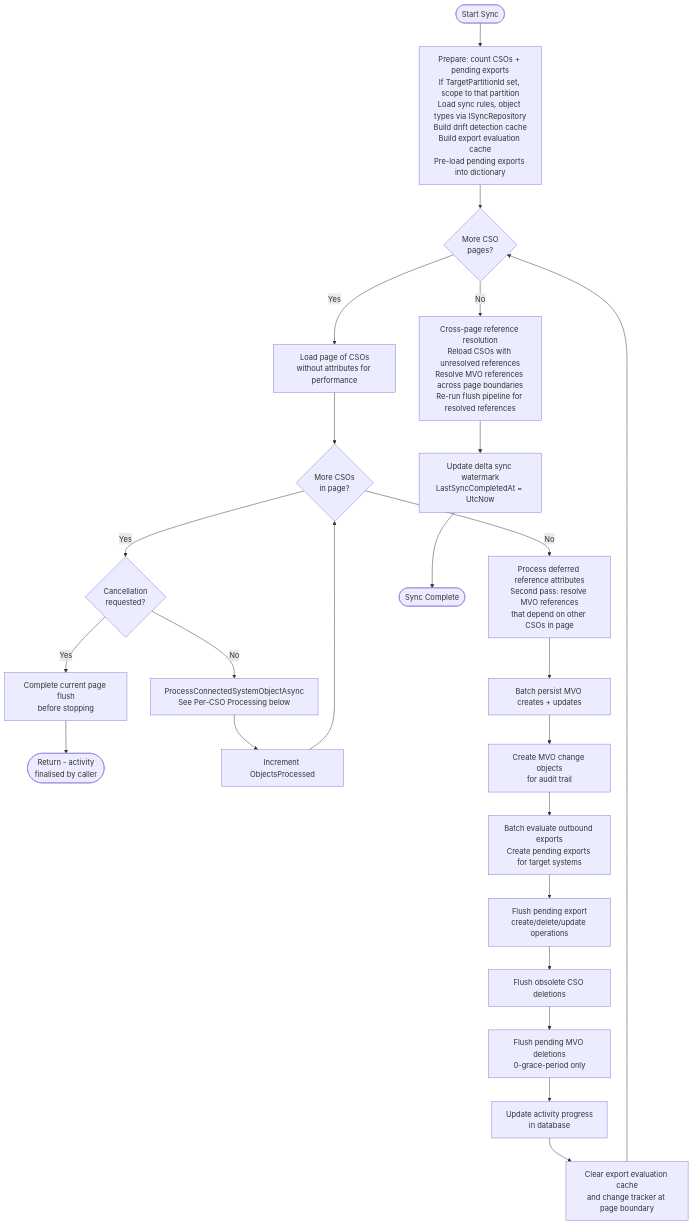
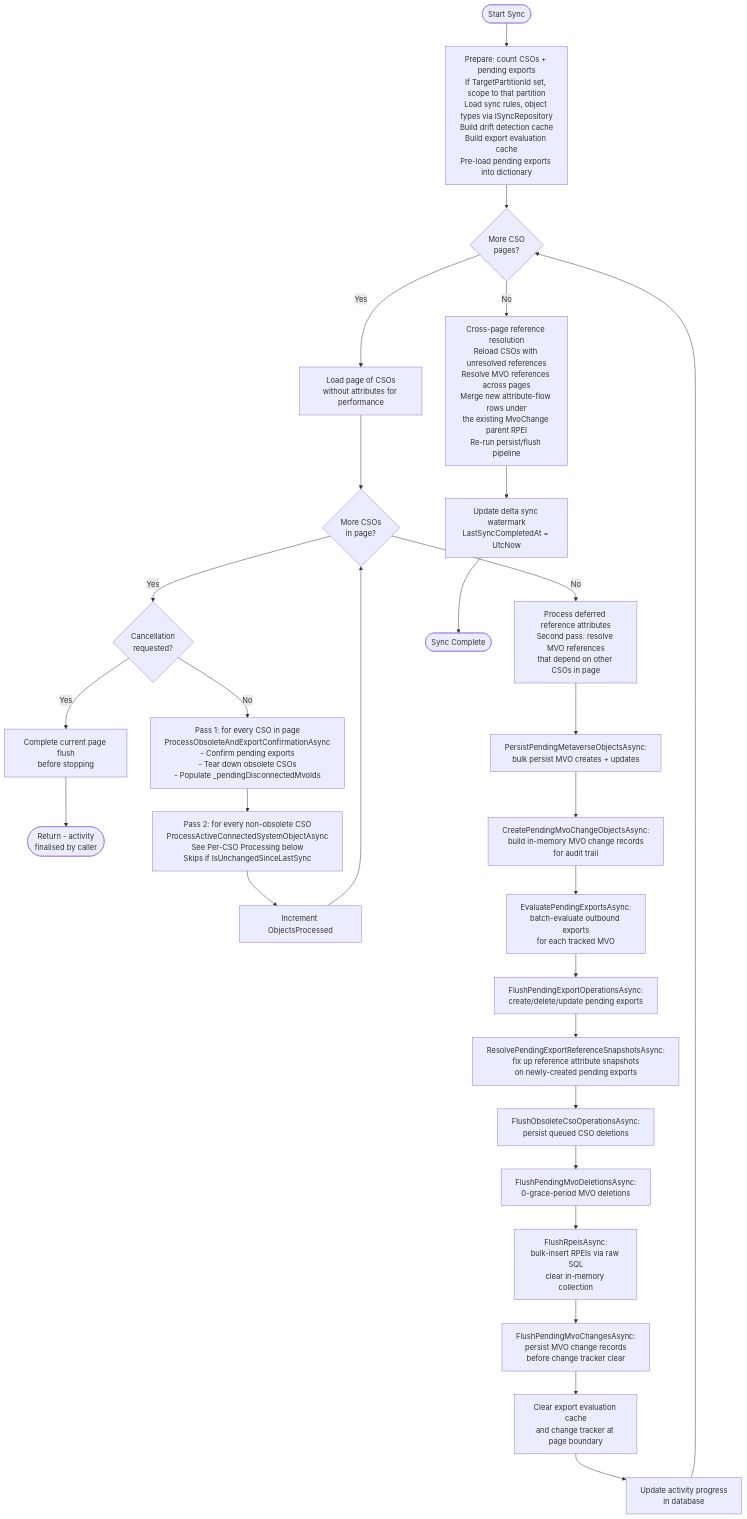
The first of 2 diagrams in docs/developer/diagrams/FULL_SYNC_CSO_PROCESSING.md (TetronIO/JIM), drawn with Mermaid before and after one commit. The commit also changed other lines of this file and 47 other files, not shown here.

````diff
--- a/docs/developer/diagrams/FULL_SYNC_CSO_PROCESSING.md
+++ b/docs/developer/diagrams/FULL_SYNC_CSO_PROCESSING.md
@@ -18,30 +18,34 @@
 ```mermaid
 flowchart TD
     Start([Start Sync]) --> Prepare[Prepare: count CSOs + pending exports<br/>If TargetPartitionId set, scope to that partition<br/>Load sync rules, object types via ISyncRepository<br/>Build drift detection cache<br/>Build export evaluation cache<br/>Pre-load pending exports into dictionary]
     Prepare --> PageLoop{More CSO<br/>pages?}
 
     PageLoop -->|Yes| LoadPage[Load page of CSOs<br/>without attributes for performance]
     LoadPage --> CsoLoop{More CSOs<br/>in page?}
 
     CsoLoop -->|Yes| CheckCancel{Cancellation<br/>requested?}
     CheckCancel -->|Yes| FlushBeforeCancel[Complete current page flush<br/>before stopping]
     FlushBeforeCancel --> Return([Return - activity<br/>finalised by caller])
-    CheckCancel -->|No| ProcessCso[ProcessConnectedSystemObjectAsync<br/>See Per-CSO Processing below]
-    ProcessCso --> IncrProgress[Increment ObjectsProcessed]
+    CheckCancel -->|No| Pass1[Pass 1: for every CSO in page<br/>ProcessObsoleteAndExportConfirmationAsync<br/>- Confirm pending exports<br/>- Tear down obsolete CSOs<br/>- Populate _pendingDisconnectedMvoIds]
+    Pass1 --> Pass2[Pass 2: for every non-obsolete CSO<br/>ProcessActiveConnectedSystemObjectAsync<br/>See Per-CSO Processing below<br/>Skips if IsUnchangedSinceLastSync]
+    Pass2 --> IncrProgress[Increment ObjectsProcessed]
     IncrProgress --> CsoLoop
 
     CsoLoop -->|No| DeferredRef[Process deferred reference attributes<br/>Second pass: resolve MVO references<br/>that depend on other CSOs in page]
-    DeferredRef --> PersistMvo[Batch persist MVO creates + updates]
-    PersistMvo --> MvoChanges[Create MVO change objects<br/>for audit trail]
-    MvoChanges --> EvalExports[Batch evaluate outbound exports<br/>Create pending exports for target systems]
-    EvalExports --> FlushPE[Flush pending export<br/>create/delete/update operations]
-    FlushPE --> FlushCSO[Flush obsolete CSO deletions]
-    FlushCSO --> FlushMVO[Flush pending MVO deletions<br/>0-grace-period only]
-    FlushMVO --> UpdateProgress[Update activity progress<br/>in database]
-    UpdateProgress --> ClearCache[Clear export evaluation cache<br/>and change tracker at page boundary]
-    ClearCache --> PageLoop
+    DeferredRef --> PersistMvo[PersistPendingMetaverseObjectsAsync:<br/>bulk persist MVO creates + updates]
+    PersistMvo --> CreateMvoChanges[CreatePendingMvoChangeObjectsAsync:<br/>build in-memory MVO change records<br/>for audit trail]
+    CreateMvoChanges --> EvalExports[EvaluatePendingExportsAsync:<br/>batch-evaluate outbound exports<br/>for each tracked MVO]
+    EvalExports --> FlushPE[FlushPendingExportOperationsAsync:<br/>create/delete/update pending exports]
+    FlushPE --> ResolveSnapshots[ResolvePendingExportReferenceSnapshotsAsync:<br/>fix up reference attribute snapshots<br/>on newly-created pending exports]
+    ResolveSnapshots --> FlushCSO[FlushObsoleteCsoOperationsAsync:<br/>persist queued CSO deletions]
+    FlushCSO --> FlushMVO[FlushPendingMvoDeletionsAsync:<br/>0-grace-period MVO deletions]
+    FlushMVO --> FlushRpeis[FlushRpeisAsync:<br/>bulk-insert RPEIs via raw SQL<br/>clear in-memory collection]
+    FlushRpeis --> FlushMvoChanges[FlushPendingMvoChangesAsync:<br/>persist MVO change records<br/>before change tracker clear]
+    FlushMvoChanges --> ClearCache[Clear export evaluation cache<br/>and change tracker at page boundary]
+    ClearCache --> UpdateProgress[Update activity progress<br/>in database]
+    UpdateProgress --> PageLoop
 
-    PageLoop -->|No| CrossPage[Cross-page reference resolution<br/>Reload CSOs with unresolved references<br/>Resolve MVO references across page boundaries<br/>Re-run flush pipeline for resolved references]
+    PageLoop -->|No| CrossPage[Cross-page reference resolution<br/>Reload CSOs with unresolved references<br/>Resolve MVO references across pages<br/>Merge new attribute-flow rows under<br/>the existing MvoChange parent RPEI<br/>Re-run persist/flush pipeline]
     CrossPage --> Watermark[Update delta sync watermark<br/>LastSyncCompletedAt = UtcNow]
     Watermark --> End([Sync Complete])
 ```
````
